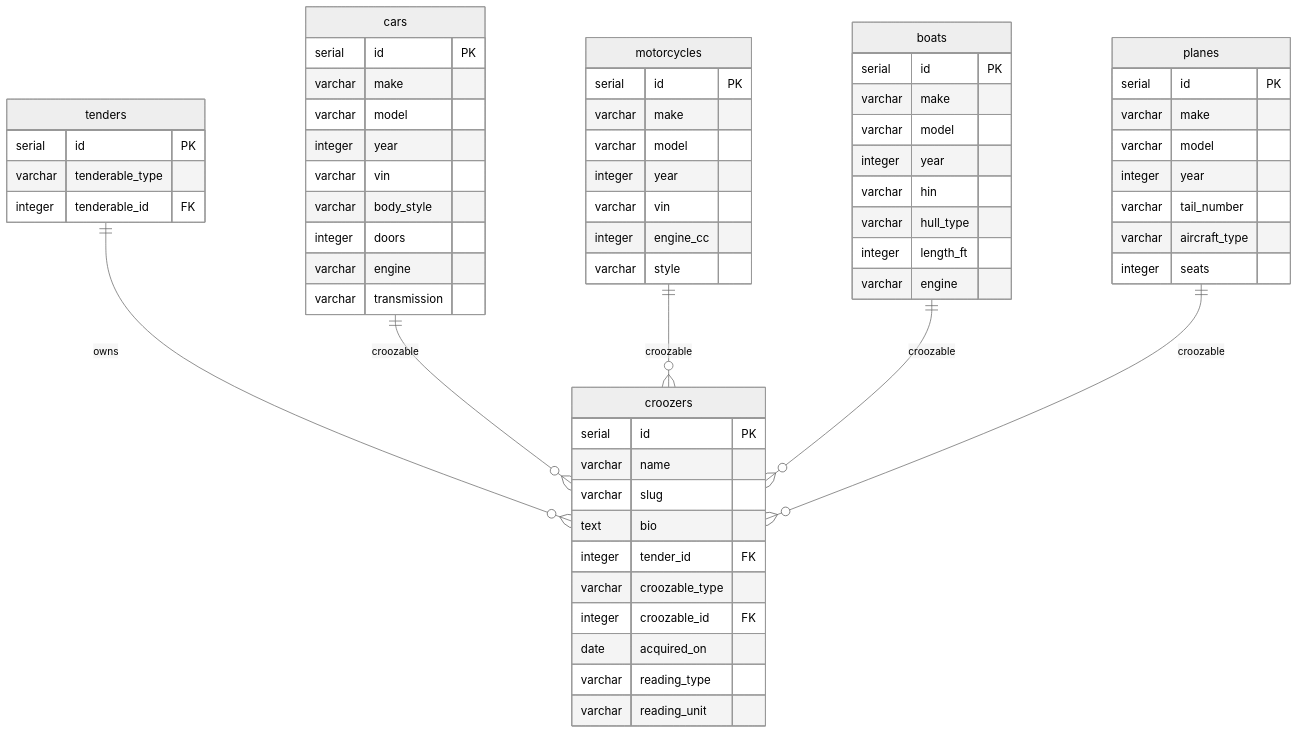
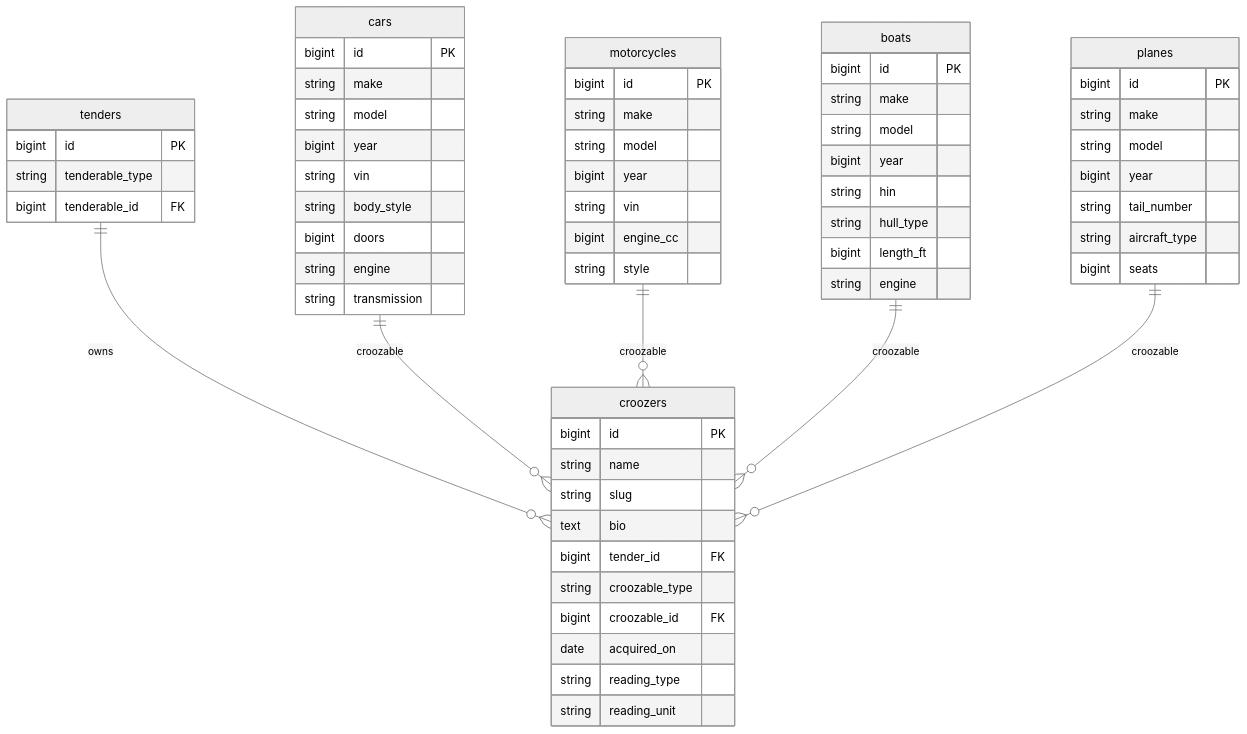
One commit to fcatuhe/crooz changed the third of 7 diagrams in .specs/schema.md. Above: the diagram before and after it, drawn with Mermaid (neutral theme). The commit also changed other lines of this file, not shown here.

Commit message:
Use Ruby types (bigint, string, text, etc.)

````diff
--- a/.specs/schema.md
+++ b/.specs/schema.md
@@ -174,70 +174,70 @@
 ```mermaid
 erDiagram
     tenders {
-        serial id PK
-        varchar tenderable_type
-        integer tenderable_id FK
+        bigint id PK
+        string tenderable_type
+        bigint tenderable_id FK
     }
 
     croozers {
-        serial id PK
-        varchar name
-        varchar slug
+        bigint id PK
+        string name
+        string slug
         text bio
-        integer tender_id FK
-        varchar croozable_type
-        integer croozable_id FK
+        bigint tender_id FK
+        string croozable_type
+        bigint croozable_id FK
         date acquired_on
-        varchar reading_type
-        varchar reading_unit
+        string reading_type
+        string reading_unit
     }
 
     cars {
-        serial id PK
-        varchar make
-        varchar model
-        integer year
-        varchar vin
-        varchar body_style
-        integer doors
-        varchar engine
-        varchar transmission
+        bigint id PK
+        string make
+        string model
+        bigint year
+        string vin
+        string body_style
+        bigint doors
+        string engine
+        string transmission
     }
 
     motorcycles {
-        serial id PK
-        varchar make
-        varchar model
-        integer year
-        varchar vin
-        integer engine_cc
-        varchar style
+        bigint id PK
+        string make
+        string model
+        bigint year
+        string vin
+        bigint engine_cc
+        string style
     }
 
     boats {
-        serial id PK
-        varchar make
-        varchar model
-        integer year
-        varchar hin
-        varchar hull_type
-        integer length_ft
-        varchar engine
+        bigint id PK
+        string make
+        string model
+        bigint year
+        string hin
+        string hull_type
+        bigint length_ft
+        string engine
     }
 
     planes {
-        serial id PK
-        varchar make
-        varchar model
-        integer year
-        varchar tail_number
-        varchar aircraft_type
-        integer seats
+        bigint id PK
+        string make
+        string model
+        bigint year
+        string tail_number
+        string aircraft_type
+        bigint seats
     }
 
     tenders ||--o{ croozers : "owns"
     cars ||--o{ croozers : "croozable"
     motorcycles ||--o{ croozers : "croozable"
     boats ||--o{ croozers : "croozable"
     planes ||--o{ croozers : "croozable"
 ```
````
